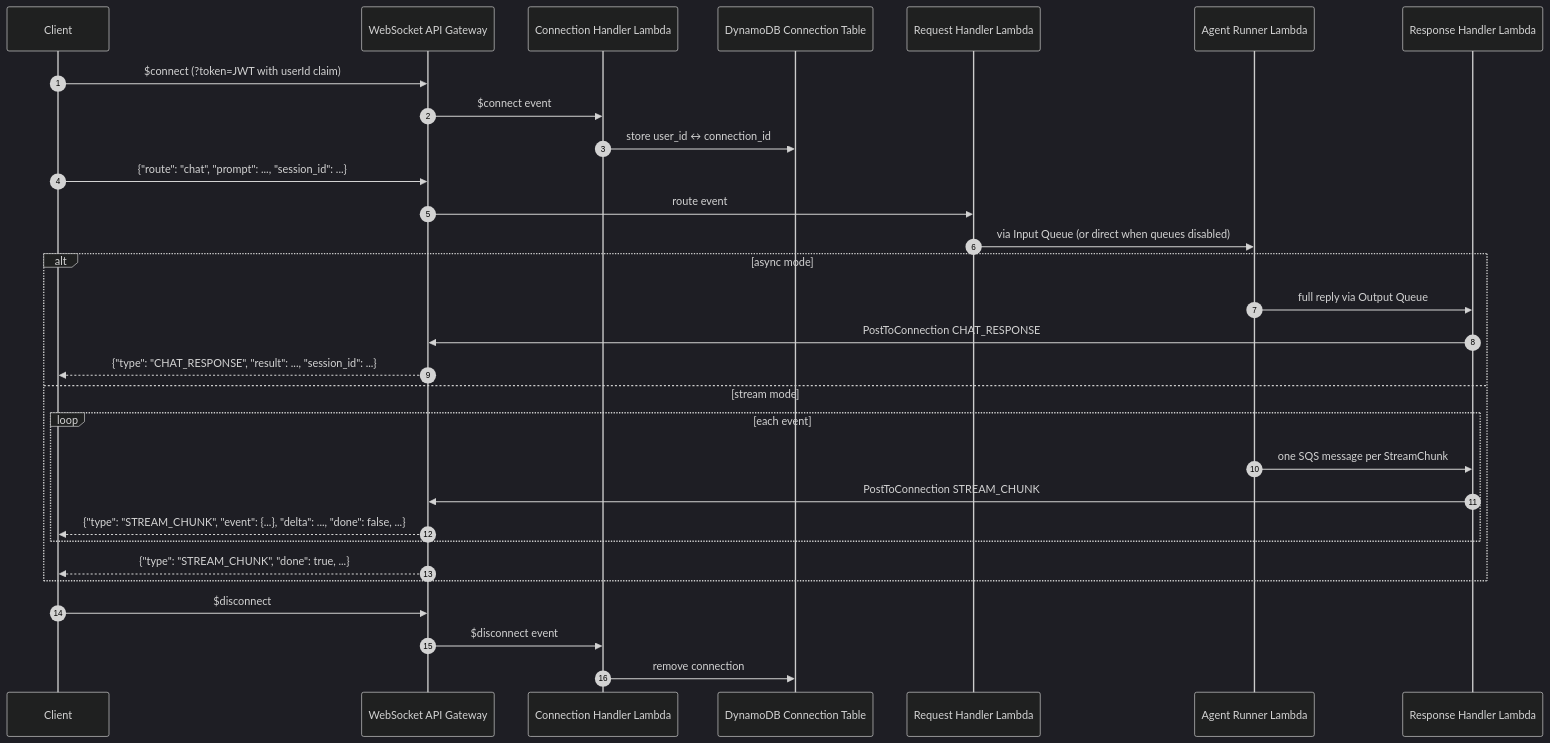
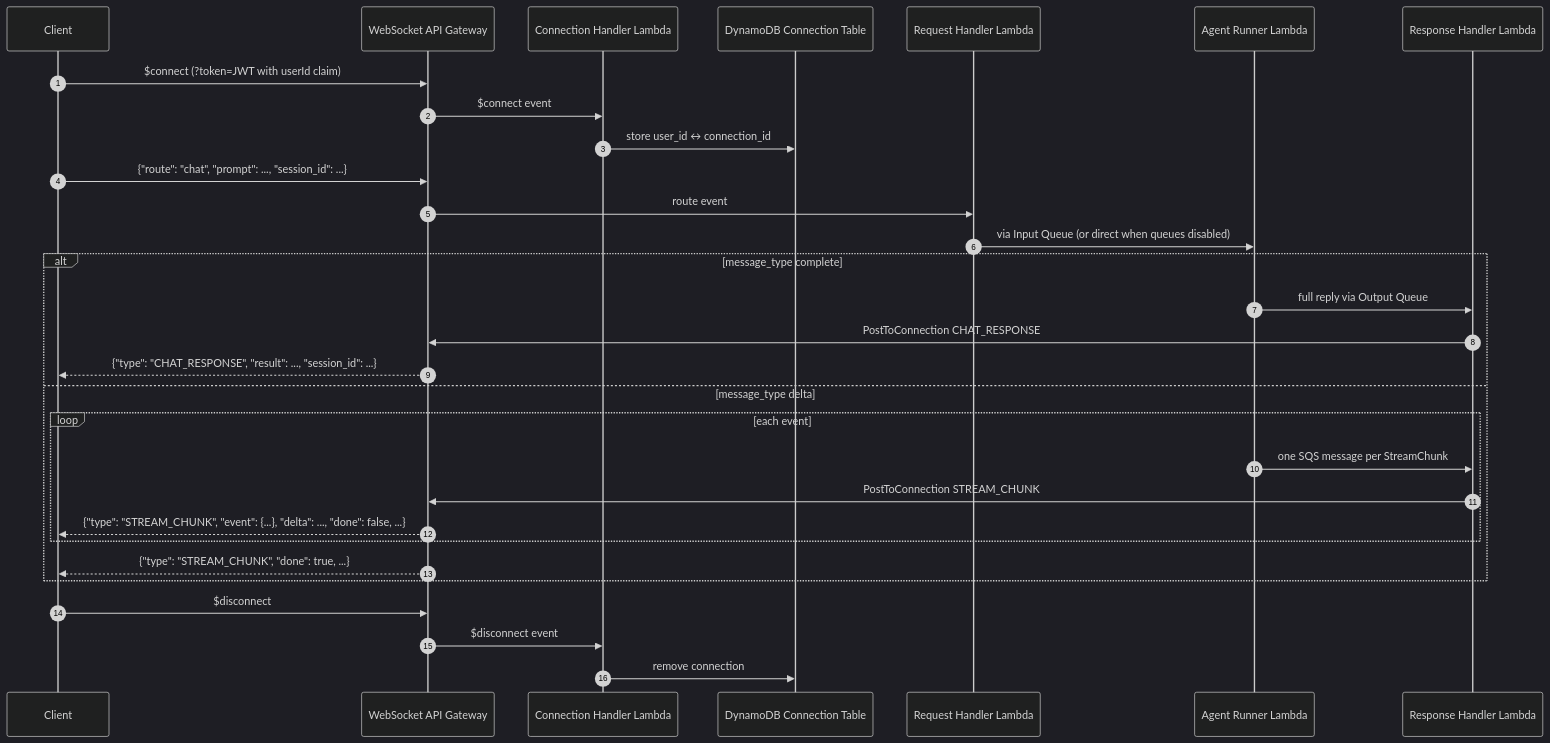
One commit to yaalalabs/agent-kernel changed the seventh of 8 diagrams in docs/docs/architecture/execution-flow.md. Above: the diagram before and after it, drawn with Mermaid (dark theme). The commit also changed other lines of this file and 145 other files, not shown here.

First line of the commit message:
feat: split execution.mode into invocation mode and message_type (#854)

````diff
--- a/docs/docs/architecture/execution-flow.md
+++ b/docs/docs/architecture/execution-flow.md
@@ -355,33 +356,33 @@
 ```mermaid
 sequenceDiagram
     autonumber
     participant Client
     participant WSGW as WebSocket API Gateway
     participant CH as Connection Handler Lambda
     participant CT as DynamoDB Connection Table
     participant RH as Request Handler Lambda
     participant AR as Agent Runner Lambda
     participant RSH as Response Handler Lambda
 
     Client->>WSGW: $connect (?token=JWT with userId claim)
     WSGW->>CH: $connect event
     CH->>CT: store user_id ↔ connection_id
     Client->>WSGW: {"route": "chat", "prompt": ..., "session_id": ...}
     WSGW->>RH: route event
     RH->>AR: via Input Queue (or direct when queues disabled)
-    alt async mode
+    alt message_type complete
         AR->>RSH: full reply via Output Queue
         RSH->>WSGW: PostToConnection CHAT_RESPONSE
         WSGW-->>Client: {"type": "CHAT_RESPONSE", "result": ..., "session_id": ...}
-    else stream mode
+    else message_type delta
         loop each event
             AR->>RSH: one SQS message per StreamChunk
             RSH->>WSGW: PostToConnection STREAM_CHUNK
             WSGW-->>Client: {"type": "STREAM_CHUNK", "event": {...}, "delta": ..., "done": false, ...}
         end
         WSGW-->>Client: {"type": "STREAM_CHUNK", "done": true, ...}
     end
     Client->>WSGW: $disconnect
     WSGW->>CH: $disconnect event
     CH->>CT: remove connection
 ```
````
